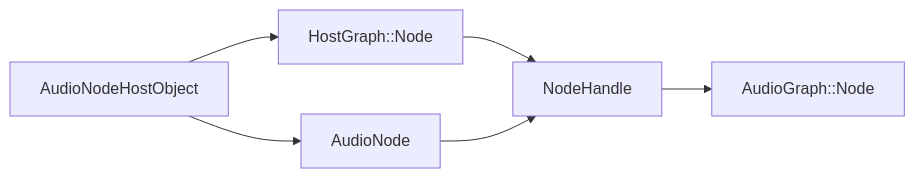
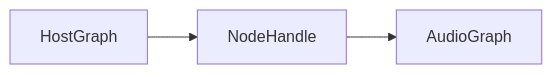
Before and after one commit to software-mansion/react-native-audio-api: the diagram in packages/internaldocs/docs/graph/overview.mdx, drawn with Mermaid. The commit also changed other lines of this file and 6 other files, not shown here.

````diff
--- a/packages/internaldocs/docs/graph/overview.mdx
+++ b/packages/internaldocs/docs/graph/overview.mdx
@@ -18,14 +18,8 @@
 ```mermaid
 flowchart LR
-  HO["AudioNodeHostObject"]
-  HN["HostGraph::Node"]
+  HG["HostGraph"]
   NH["NodeHandle"]
-  AN["AudioNode"]
-  AGN["AudioGraph::Node"]
+  AG["AudioGraph"]
 
-  HO --> HN
-  HO --> AN
-  HN --> NH
-  AN --> NH
-  NH --> AGN
+  HG --> NH --> AG
 ```
````
